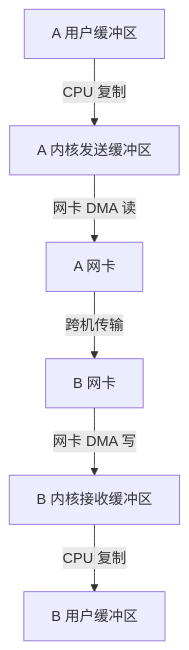
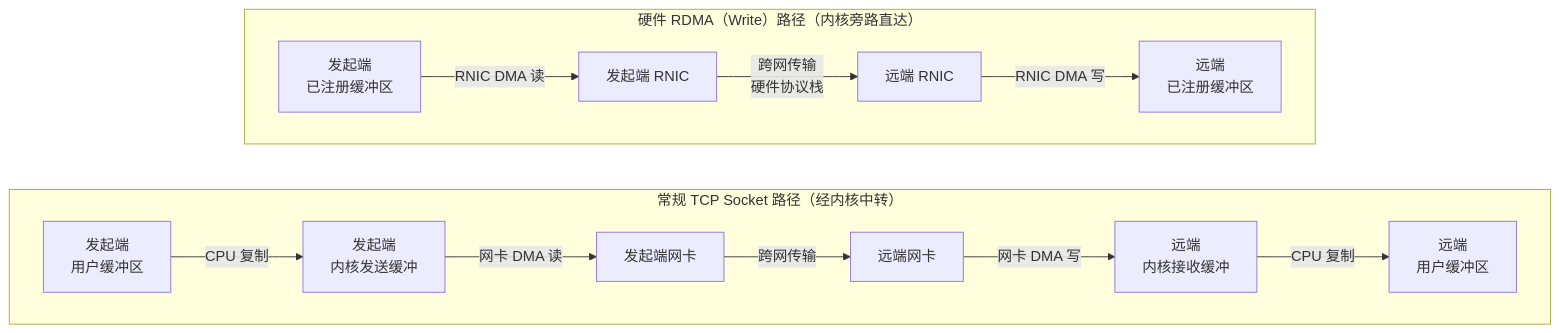
The diagram in AI-Infra/06_从普通网络通信走向RDMA/01_TCP Socket 与硬件 RDMA 的数据路径.md (realtyz/ops-manual), drawn with Mermaid before and after one commit. The commit also changed other lines of this file and 194 other files, not shown here.

````diff
--- a/AI-Infra/06_从普通网络通信走向RDMA/01_TCP Socket 与硬件 RDMA 的数据路径.md
+++ b/AI-Infra/06_从普通网络通信走向RDMA/01_TCP Socket 与硬件 RDMA 的数据路径.md
@@ -12,8 +25,19 @@
 ```mermaid
-flowchart
-    AS["A 用户缓冲区"] -->|CPU 复制| AK["A 内核发送缓冲区"]
-    AK -->|网卡 DMA 读| AN["A 网卡"]
-    AN -->|跨机传输| BN["B 网卡"]
-    BN -->|网卡 DMA 写| BK["B 内核接收缓冲区"]
-    BK -->|CPU 复制| BS["B 用户缓冲区"]
+flowchart LR
+    accDescr: 上下对照传统 TCP Socket 与硬件 RDMA Write 的跨机数据路径。TCP 路径在发起端和远端分别经过内核缓冲区并各发生一次 CPU 复制；硬件 RDMA 路径中两端 RNIC 直接通过 DMA 读写进程已注册的内存缓冲区，省去内核中转与 CPU 复制。
+    subgraph TCP["常规 TCP Socket 路径（经内核中转）"]
+        direction LR
+        T1["发起端<br/>用户缓冲区"] -->|CPU 复制| T2["发起端<br/>内核发送缓冲"]
+        T2 -->|网卡 DMA 读| T3["发起端网卡"]
+        T3 -->|跨网传输| T4["远端网卡"]
+        T4 -->|网卡 DMA 写| T5["远端<br/>内核接收缓冲"]
+        T5 -->|CPU 复制| T6["远端<br/>用户缓冲区"]
+    end
+
+    subgraph RDMA["硬件 RDMA（Write）路径（内核旁路直达）"]
+        direction LR
+        R1["发起端<br/>已注册缓冲区"] -->|RNIC DMA 读| R2["发起端 RNIC"]
+        R2 -->|跨网传输<br/>硬件协议栈| R3["远端 RNIC"]
+        R3 -->|RNIC DMA 写| R4["远端<br/>已注册缓冲区"]
+    end
 ```
````
